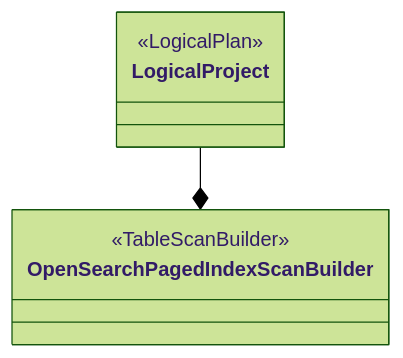
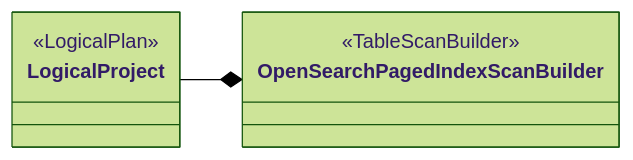
Before and after one commit to opensearch-project/sql: diagram 13 of 14 in docs/dev/Pagination-v2.md, drawn with Mermaid (forest theme). The commit also changed other lines of this file, not shown here.

````diff
--- a/docs/dev/Pagination-v2.md
+++ b/docs/dev/Pagination-v2.md
@@ -377,11 +418,12 @@
 ```mermaid
 classDiagram
+  direction LR
   class LogicalProject {
     <<LogicalPlan>>
   }
   class OpenSearchPagedIndexScanBuilder {
     <<TableScanBuilder>>
   }
 
   LogicalProject --* OpenSearchPagedIndexScanBuilder
 ```
````
